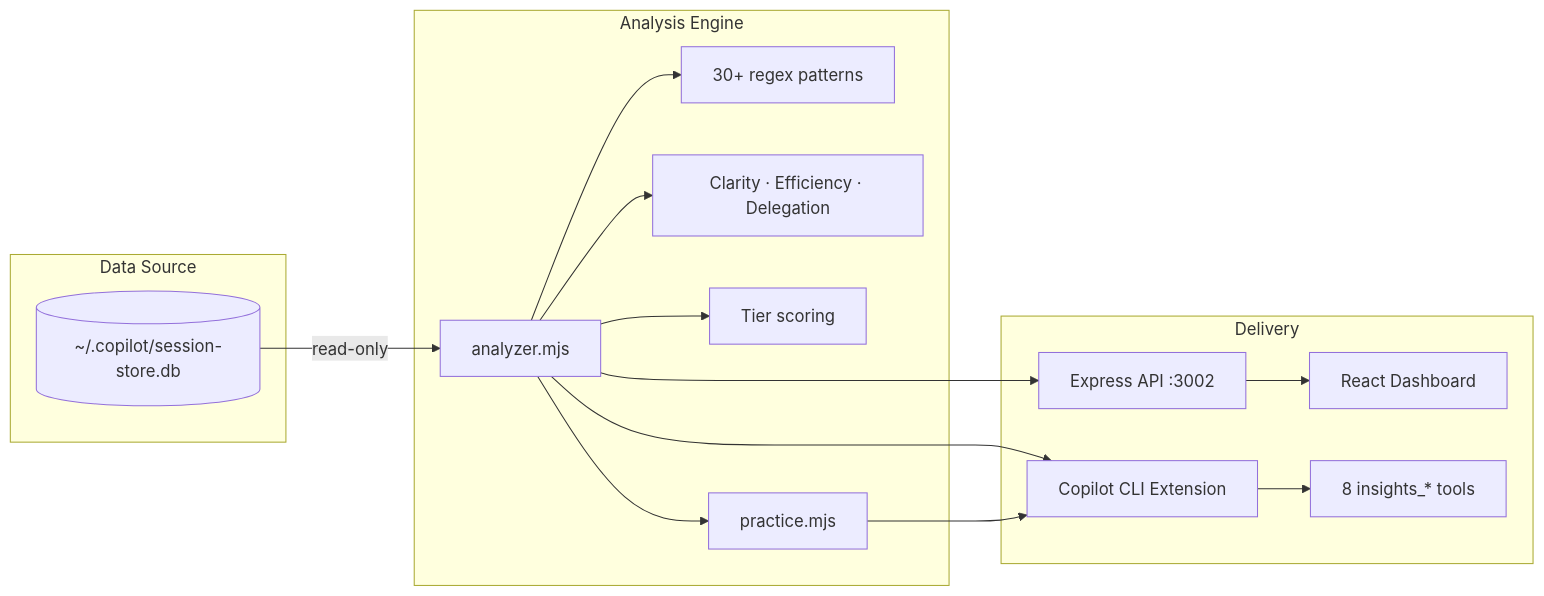
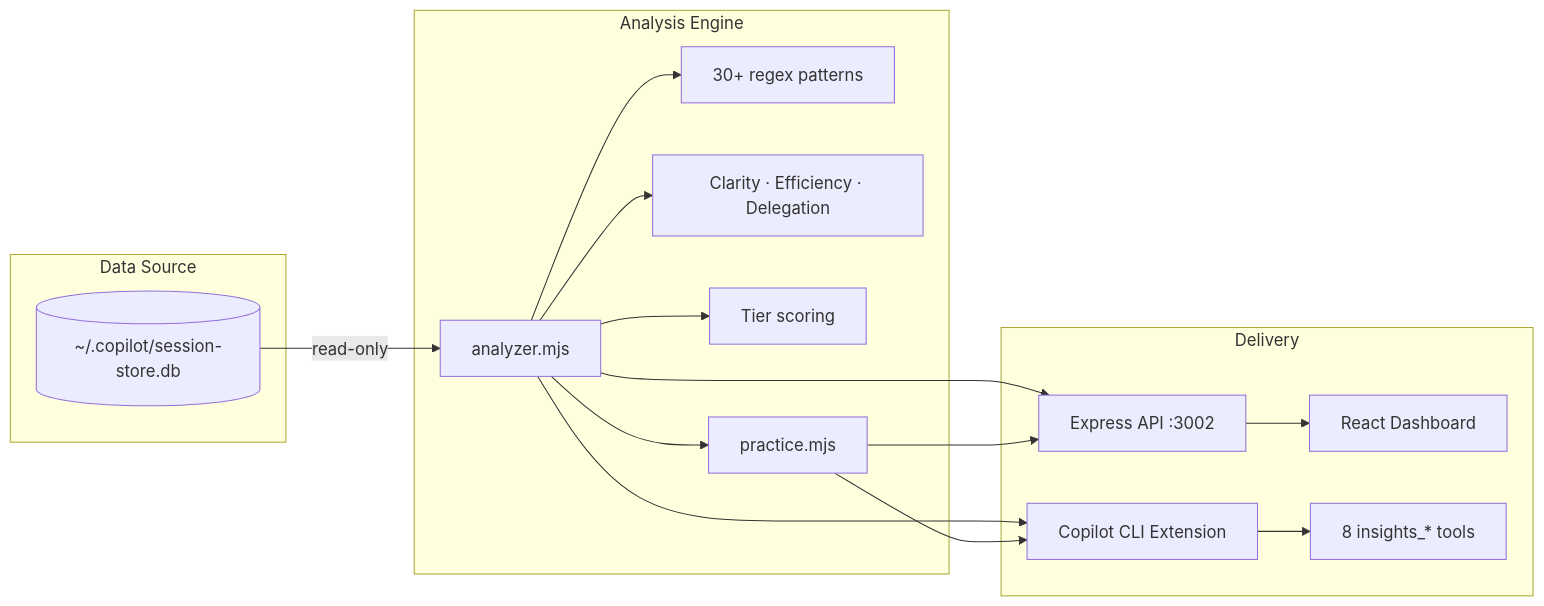
Before and after one commit to jackbatzner/copilot-insights: the diagram in README.md, drawn with Mermaid. The commit also changed other lines of this file and 13 other files, not shown here.

````diff
--- a/README.md
+++ b/README.md
@@ -287,22 +305,23 @@
 ```mermaid
 graph LR
     subgraph "Data Source"
         DB[(~/.copilot/session-store.db)]
     end
 
     subgraph "Analysis Engine"
         DB -->|read-only| Analyzer[analyzer.mjs]
         Analyzer --> Patterns[30+ regex patterns]
         Analyzer --> Pillars[Clarity · Efficiency · Delegation]
         Analyzer --> Tiers[Tier scoring]
         Analyzer --> Practice[practice.mjs]
     end
 
     subgraph "Delivery"
         Analyzer --> API[Express API :3002]
+        Practice --> API
         API --> UI[React Dashboard]
         Analyzer --> CLI[Copilot CLI Extension]
         Practice --> CLI
         CLI --> Tools[8 insights_* tools]
     end
 ```
````
